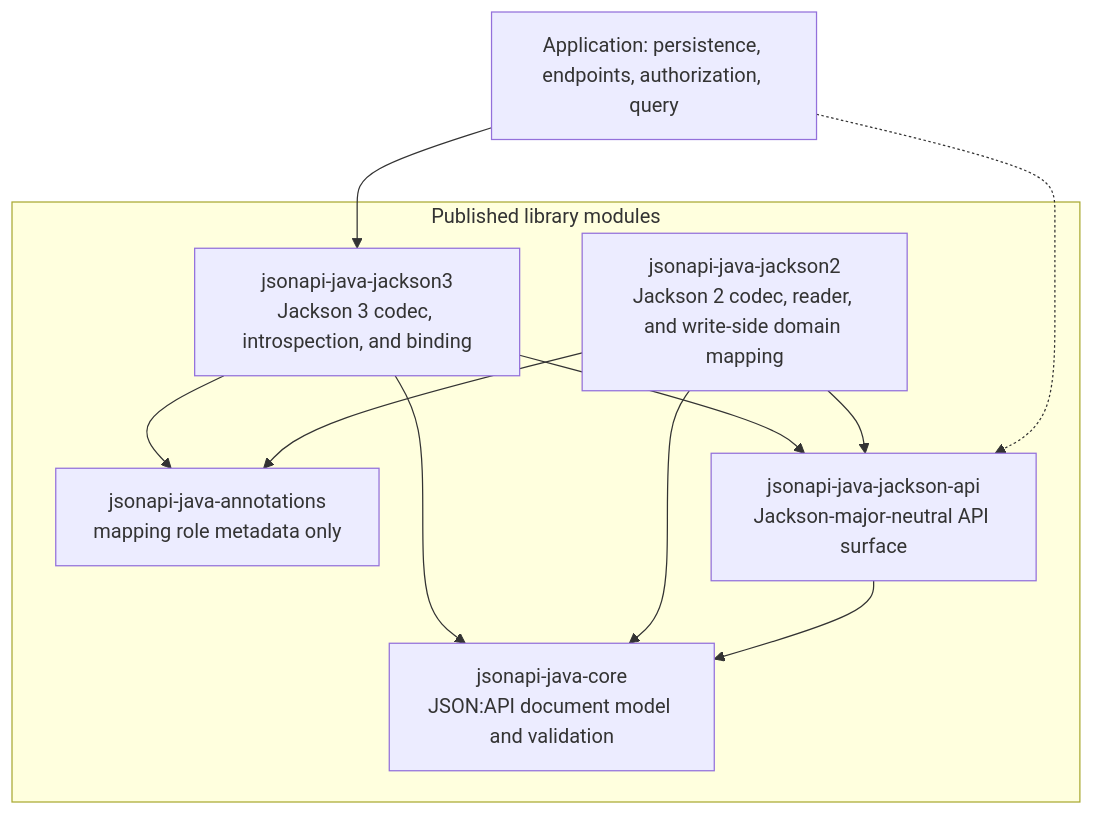
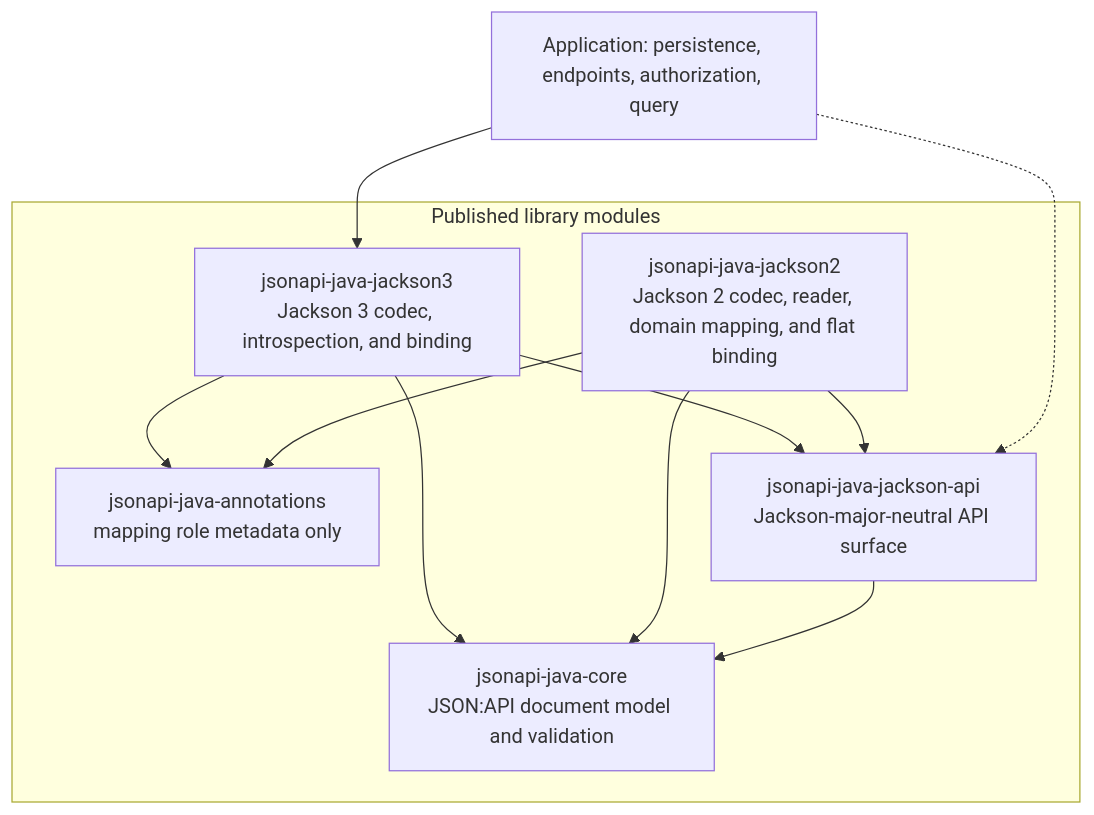
Before and after one commit to kazforge/jsonapi-java: the first of 6 diagrams in docs/architecture.md, drawn with Mermaid. The commit also changed other lines of this file and 28 other files, not shown here.

Commit message:
feat(jackson2): add flat DTO resource binder

````diff
--- a/docs/architecture.md
+++ b/docs/architecture.md
@@ -28,22 +29,22 @@
 ```mermaid
 flowchart TB
   subgraph published["Published library modules"]
     CORE["jsonapi-java-core<br/>JSON:API document model and validation"]
     ANN["jsonapi-java-annotations<br/>mapping role metadata only"]
     COMMON["jsonapi-java-jackson-api<br/>Jackson-major-neutral API surface"]
     J3["jsonapi-java-jackson3<br/>Jackson 3 codec, introspection, and binding"]
-    J2["jsonapi-java-jackson2<br/>Jackson 2 codec, reader, and write-side domain mapping"]
+    J2["jsonapi-java-jackson2<br/>Jackson 2 codec, reader, domain mapping, and flat binding"]
   end
 
   APP["Application: persistence, endpoints, authorization, query"]
 
   J3 --> COMMON
   J3 --> CORE
   J3 --> ANN
   J2 --> COMMON
   J2 --> CORE
   J2 --> ANN
   COMMON --> CORE
   APP --> J3
   APP -.-> COMMON
 ```
````
